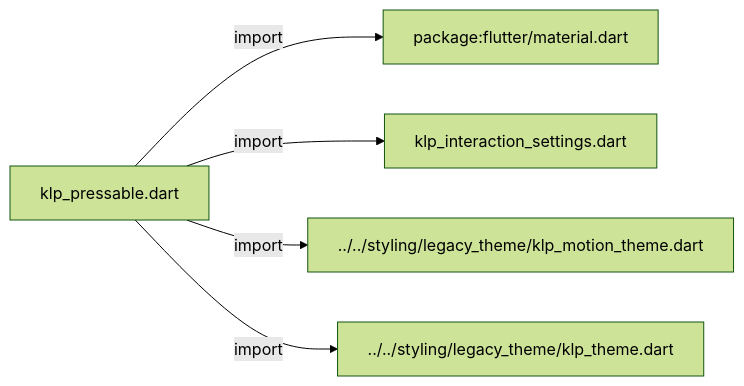
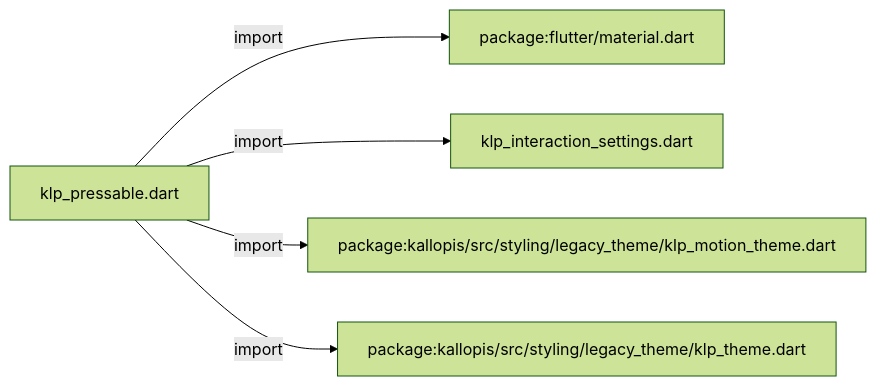
One commit to MiuDog/Kallopis changed the first of 4 diagrams in docs/architecture/src/foundation/interaction/klp_pressable.md. Above: the diagram before and after it, drawn with Mermaid (forest theme). The commit also changed other lines of this file and 9688 other files, not shown here.

Commit message:
Prepare isolated Flow F2 peer baseline

````diff
--- a/docs/architecture/src/foundation/interaction/klp_pressable.md
+++ b/docs/architecture/src/foundation/interaction/klp_pressable.md
@@ -11,12 +11,12 @@
 ```mermaid
 flowchart LR
 	n0["klp_pressable.dart"]
 	n1["package:flutter/material.dart"]
 	n2["klp_interaction_settings.dart"]
-	n3["../../styling/legacy_theme/klp_motion_theme.dart"]
-	n4["../../styling/legacy_theme/klp_theme.dart"]
+	n3["package:kallopis/src/styling/legacy_theme/klp_motion_theme.dart"]
+	n4["package:kallopis/src/styling/legacy_theme/klp_theme.dart"]
 	n0 -->|"import"| n1
 	n0 -->|"import"| n2
 	n0 -->|"import"| n3
 	n0 -->|"import"| n4
 ```
````
